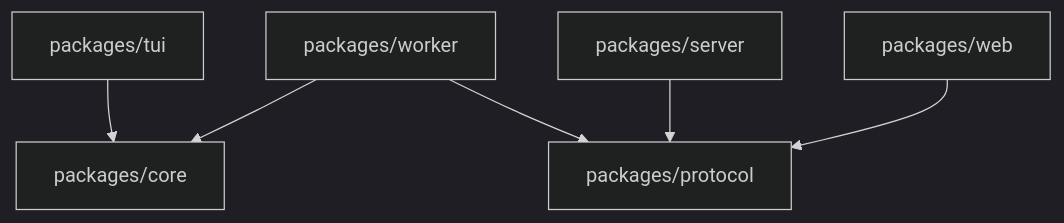
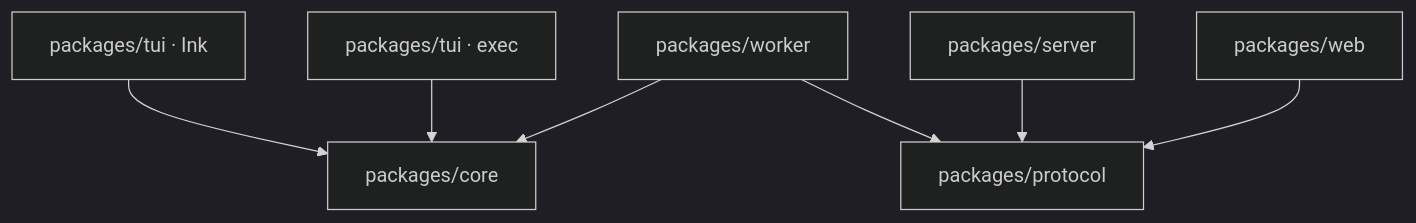
One commit to zzc-101/Kross changed the first of 2 diagrams in docs/technical-overview.md. Above: the diagram before and after it, drawn with Mermaid (dark theme). The commit also changed other lines of this file and 11 other files, not shown here.

````diff
--- a/docs/technical-overview.md
+++ b/docs/technical-overview.md
@@ -13,8 +13,9 @@
 ```mermaid
 flowchart TB
-    TUI["packages/tui"] --> CORE["packages/core"]
+    TUI["packages/tui · Ink"] --> CORE["packages/core"]
+    HEADLESS["packages/tui · exec"] --> CORE
     WORKER["packages/worker"] --> CORE
     WORKER --> PROTOCOL["packages/protocol"]
     SERVER["packages/server"] --> PROTOCOL
     WEB["packages/web"] --> PROTOCOL
 ```
````
